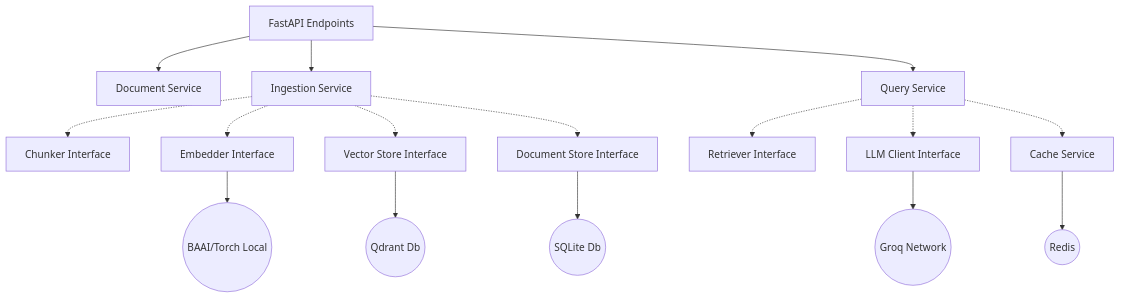
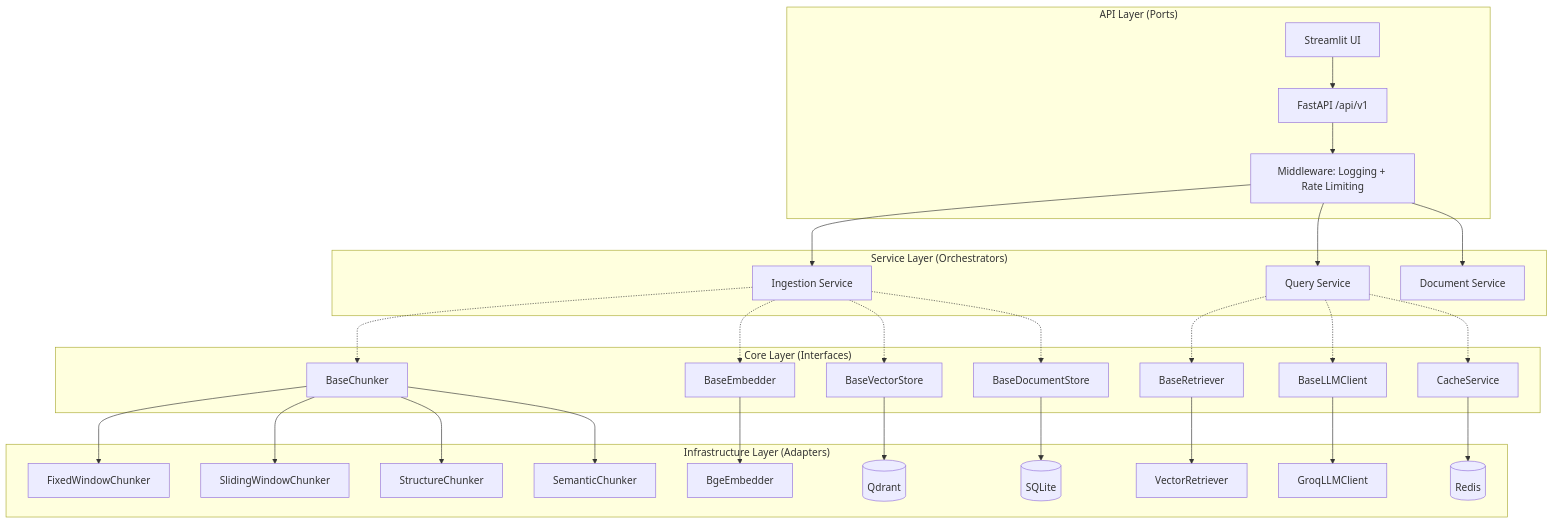
Before and after one commit to ManvendraPratapRao/DeepVault: the diagram in docs/architecture.md, drawn with Mermaid. The commit also changed other lines of this file and 56 other files, not shown here.

````diff
--- a/docs/architecture.md
+++ b/docs/architecture.md
@@ -7,21 +17,36 @@
 ```mermaid
-graph TD;
-    API[FastAPI Endpoints] --> DS[Document Service]
-    API --> IS[Ingestion Service]
-    API --> QS[Query Service]
-    
-    IS -.-> CH[Chunker Interface]
-    IS -.-> EM[Embedder Interface]
-    IS -.-> VD[Vector Store Interface]
-    IS -.-> MD[Document Store Interface]
+graph TD
+    subgraph "API Layer (Ports)"
+        FE[Streamlit UI] --> API[FastAPI /api/v1]
+        API --> MW[Middleware: Logging + Rate Limiting]
+    end
 
-    QS -.-> RT[Retriever Interface]
-    QS -.-> LLM[LLM Client Interface]
-    QS -.-> CS[Cache Service]
+    subgraph "Service Layer (Orchestrators)"
+        MW --> IS[Ingestion Service]
+        MW --> QS[Query Service]
+        MW --> DS[Document Service]
+    end
 
-    CS --> R((Redis))
-    VD --> Q((Qdrant Db))
-    MD --> SQL((SQLite Db))
-    LLM --> G((Groq Network))
-    EM --> Torch((BAAI/Torch Local))
+    subgraph "Core Layer (Interfaces)"
+        IS -.-> CH[BaseChunker]
+        IS -.-> EM[BaseEmbedder]
+        IS -.-> VS[BaseVectorStore]
+        IS -.-> MS[BaseDocumentStore]
+        QS -.-> RT[BaseRetriever]
+        QS -.-> LLM[BaseLLMClient]
+        QS -.-> CS[CacheService]
+    end
+
+    subgraph "Infrastructure Layer (Adapters)"
+        CH --> C1[FixedWindowChunker]
+        CH --> C2[SlidingWindowChunker]
+        CH --> C3[StructureChunker]
+        CH --> C4[SemanticChunker]
+        RT --> VR[VectorRetriever]
+        LLM --> GR[GroqLLMClient]
+        EM --> BGE[BgeEmbedder]
+        VS --> QD[(Qdrant)]
+        MS --> SQL[(SQLite)]
+        CS --> RD[(Redis)]
+    end
 ```
````
